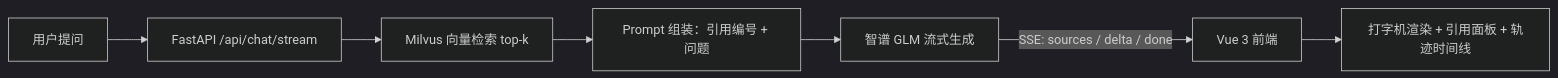
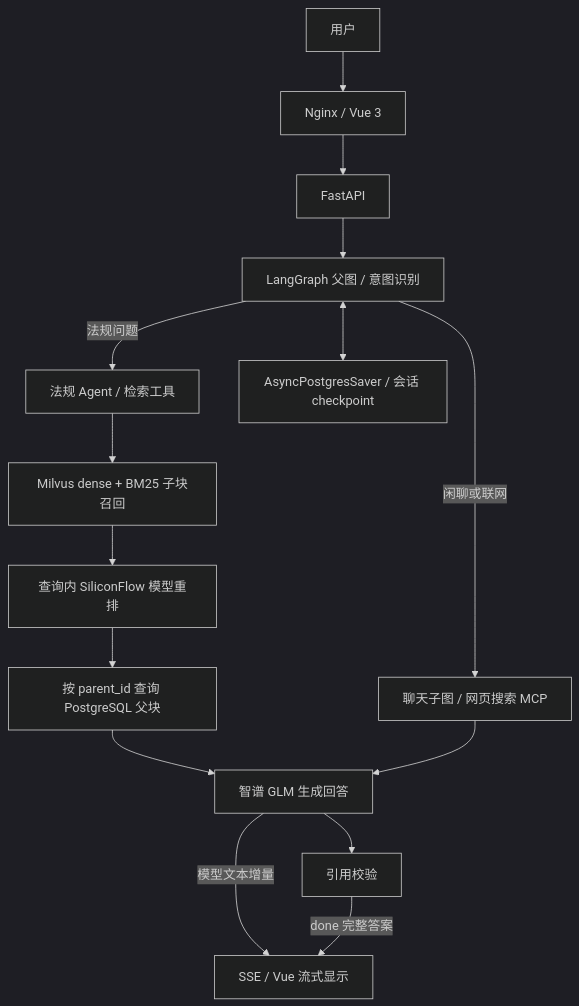
Before and after one commit to qcc122/smart-regulation: the diagram in README.md, drawn with Mermaid (dark theme). The commit also changed other lines of this file and 10 other files, not shown here.

````diff
--- a/README.md
+++ b/README.md
@@ -26,9 +26,17 @@
 ```mermaid
-flowchart LR
-    A[用户提问] --> B[FastAPI /api/chat/stream]
-    B --> C[Milvus 向量检索 top-k]
-    C --> D[Prompt 组装：引用编号 + 问题]
-    D --> E[智谱 GLM 流式生成]
-    E -- SSE: sources / delta / done --> F[Vue 3 前端]
-    F --> G[打字机渲染 + 引用面板 + 轨迹时间线]
+flowchart TD
+    User[用户] --> Nginx[Nginx / Vue 3]
+    Nginx --> API[FastAPI]
+    API --> Graph[LangGraph 父图 / 意图识别]
+    Graph -->|法规问题| Agent[法规 Agent / 检索工具]
+    Graph -->|闲聊或联网| Chat[聊天子图 / 网页搜索 MCP]
+    Agent --> Child[Milvus dense + BM25 子块召回]
+    Child --> Rank[查询内 SiliconFlow 模型重排]
+    Rank --> Parent[按 parent_id 查询 PostgreSQL 父块]
+    Parent --> LLM[智谱 GLM 生成回答]
+    Chat --> LLM
+    LLM -->|模型文本增量| SSE[SSE / Vue 流式显示]
+    LLM --> Check[引用校验]
+    Check -->|done 完整答案| SSE
+    Graph <--> Saver[AsyncPostgresSaver / 会话 checkpoint]
 ```
````
